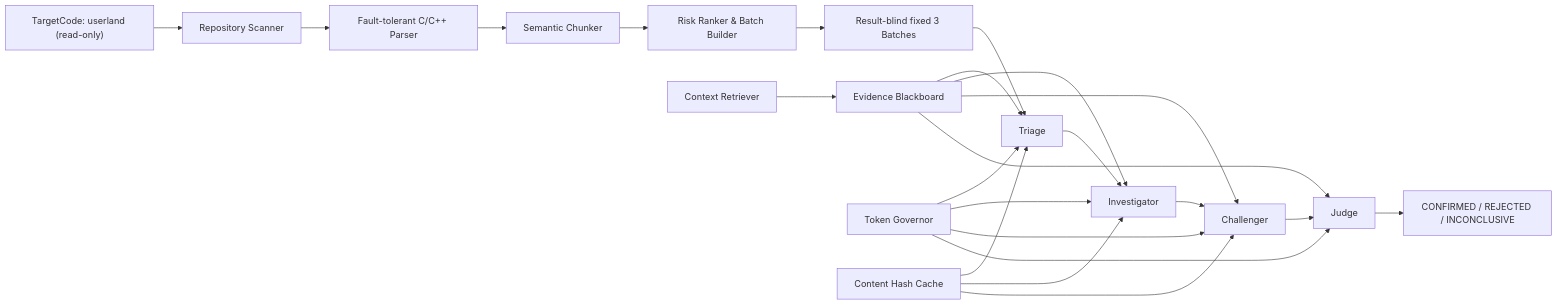
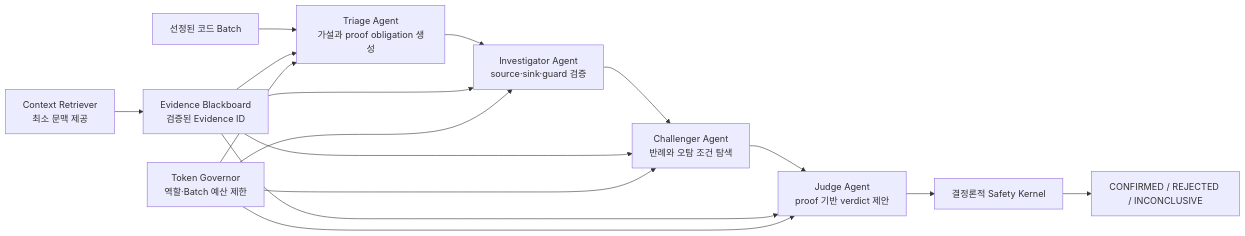
One commit to mps0927/AI_SAST changed the diagram in report.md. Above: the diagram before and after it, drawn with Mermaid. The commit also changed other lines of this file, not shown here.

````diff
--- a/report.md
+++ b/report.md
@@ -43,25 +11,19 @@
 ```mermaid
 flowchart LR
-    A["TargetCode: userland (read-only)"] --> B[Repository Scanner]
-    B --> C[Fault-tolerant C/C++ Parser]
-    C --> D[Semantic Chunker]
-    D --> E[Risk Ranker & Batch Builder]
-    E --> F["Result-blind fixed 3 Batches"]
-    F --> G[Triage]
-    G --> H[Investigator]
-    H --> I[Challenger]
-    I --> J[Judge]
-    K[Evidence Blackboard] --> G
-    K --> H
-    K --> I
-    K --> J
-    L[Context Retriever] --> K
-    M[Token Governor] --> G
-    M --> H
-    M --> I
-    M --> J
-    N[Content Hash Cache] --> G
-    N --> H
-    N --> I
-    J --> O["CONFIRMED / REJECTED / INCONCLUSIVE"]
+    B["선정된 코드 Batch"] --> T["Triage Agent<br/>가설과 proof obligation 생성"]
+    T --> I["Investigator Agent<br/>source·sink·guard 검증"]
+    I --> C["Challenger Agent<br/>반례와 오탐 조건 탐색"]
+    C --> J["Judge Agent<br/>proof 기반 verdict 제안"]
+
+    E["Evidence Blackboard<br/>검증된 Evidence ID"] --> T
+    E --> I
+    E --> C
+    E --> J
+    R["Context Retriever<br/>최소 문맥 제공"] --> E
+    G["Token Governor<br/>역할·Batch 예산 제한"] --> T
+    G --> I
+    G --> C
+    G --> J
+    J --> K["결정론적 Safety Kernel"]
+    K --> V["CONFIRMED / REJECTED / INCONCLUSIVE"]
 ```
````
